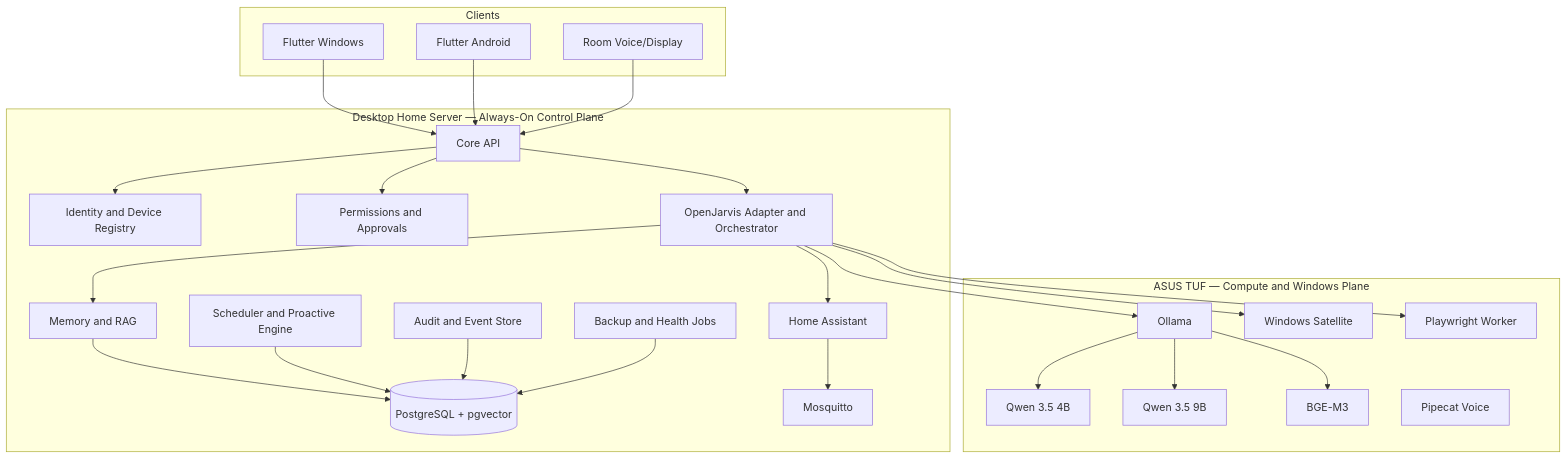
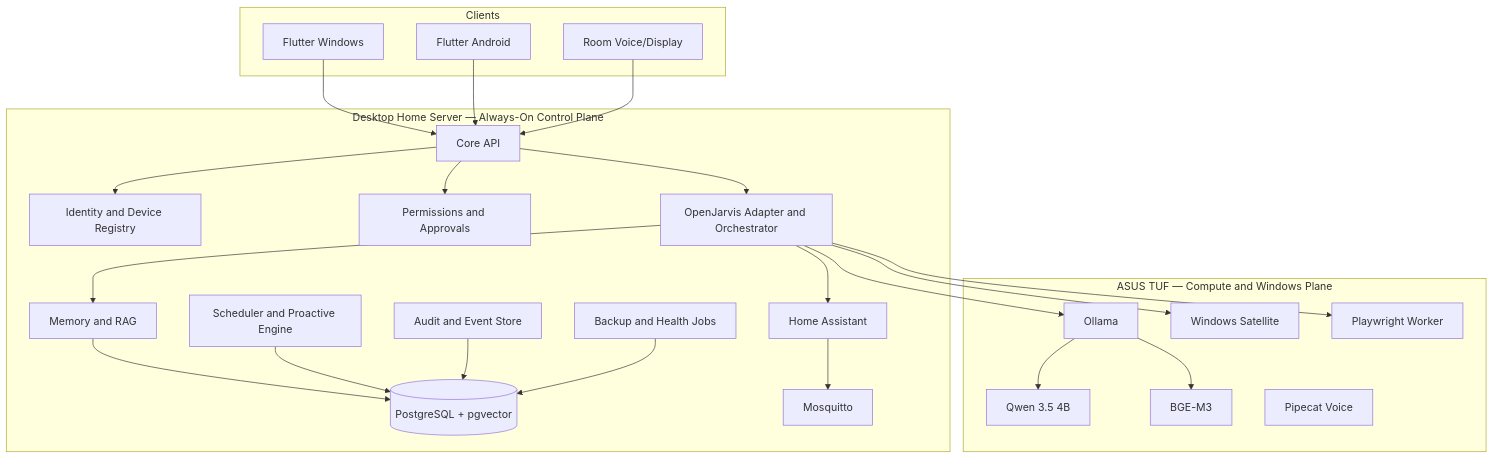
One commit to MahmoudNagiubX/BMO-Personal-AI-OS changed the diagram in docs/MASTER_PLAN.md. Above: the diagram before and after it, drawn with Mermaid. The commit also changed other lines of this file and 4 other files, not shown here.

Commit message:
fix(phase-04): remove stale architecture references

````diff
--- a/docs/MASTER_PLAN.md
+++ b/docs/MASTER_PLAN.md
@@ -341,52 +341,50 @@
 ```mermaid
 flowchart TB
   subgraph Clients
     WIN[Flutter Windows]
     AND[Flutter Android]
     ROOM[Room Voice/Display]
   end
 
   subgraph SERVER[Desktop Home Server — Always-On Control Plane]
     API[Core API]
     ID[Identity and Device Registry]
     PERM[Permissions and Approvals]
     ORCH[OpenJarvis Adapter and Orchestrator]
     MEM[Memory and RAG]
     SCH[Scheduler and Proactive Engine]
     AUD[Audit and Event Store]
     PG[(PostgreSQL + pgvector)]
     HA[Home Assistant]
     MQTT[Mosquitto]
     BACKUP[Backup and Health Jobs]
   end
 
   subgraph TUF[ASUS TUF — Compute and Windows Plane]
     OLL[Ollama]
     Q4[Qwen 3.5 4B]
-    Q9[Qwen 3.5 9B]
     EMB[BGE-M3]
     VOICE[Pipecat Voice]
     WINAG[Windows Satellite]
     WEB[Playwright Worker]
   end
 
   WIN --> API
   AND --> API
   ROOM --> API
   API --> ID
   API --> PERM
   API --> ORCH
   ORCH --> MEM
   MEM --> PG
   SCH --> PG
   AUD --> PG
   BACKUP --> PG
   ORCH --> OLL
   OLL --> Q4
-  OLL --> Q9
   OLL --> EMB
   ORCH --> WINAG
   ORCH --> WEB
   ORCH --> HA
   HA --> MQTT
 ```
````
